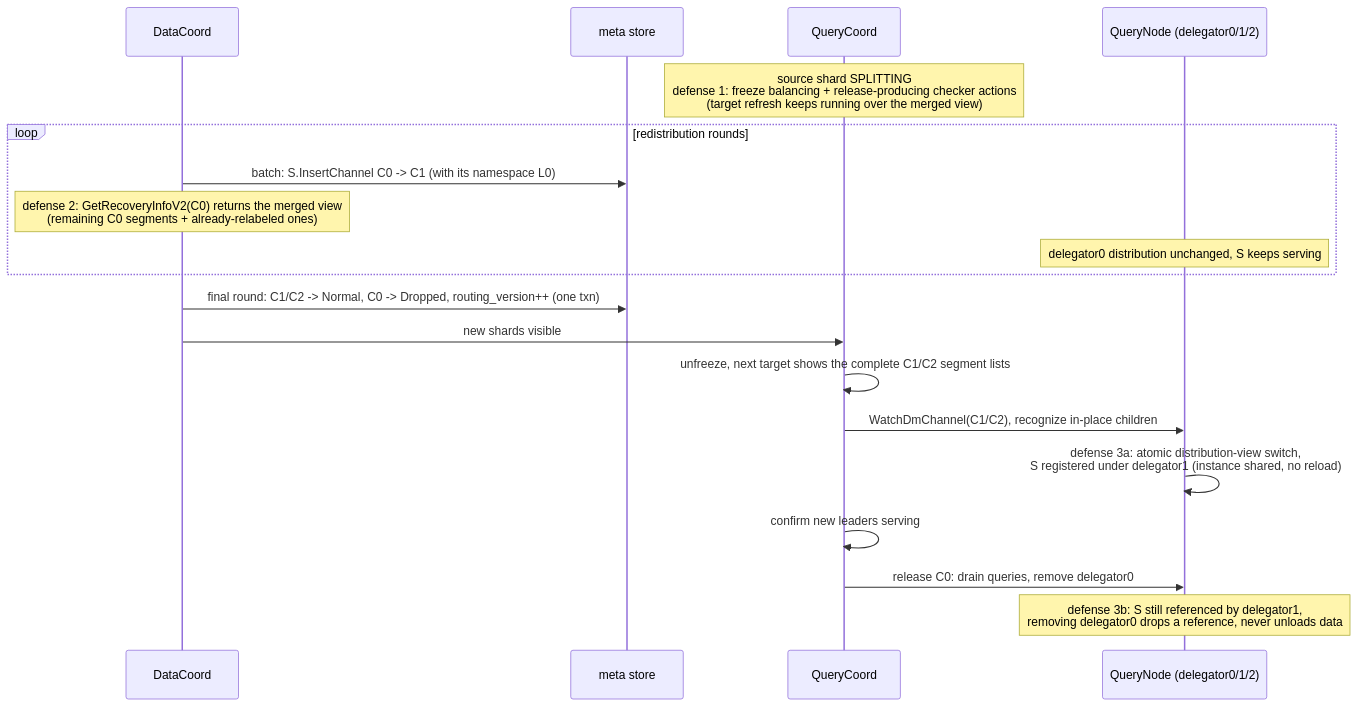
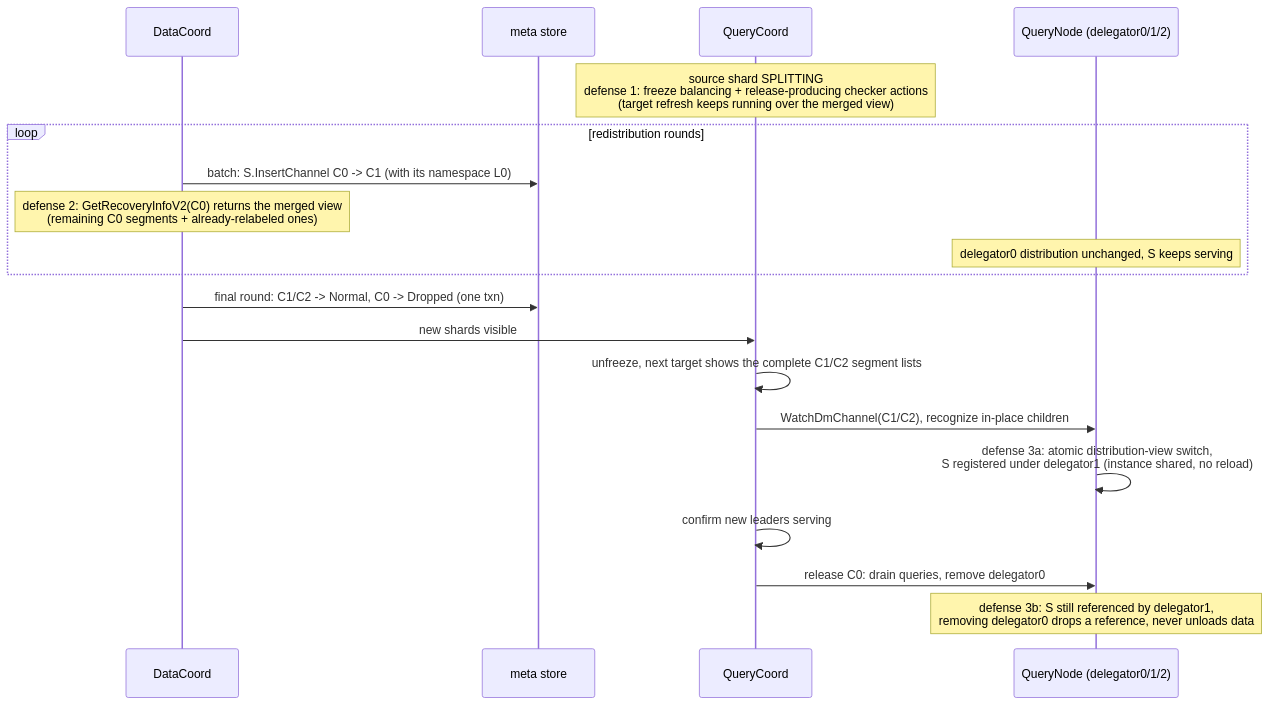
One commit to milvus-io/milvus changed the fourth of 4 diagrams in docs/design-docs/design_docs/20260610-shard_split.md. Above: the diagram before and after it, drawn with Mermaid. The commit also changed other lines of this file, not shown here.

First line of the commit message:
doc: drop routing_version; the write path uses reject-on-fence + refetch

````diff
--- a/docs/design-docs/design_docs/20260610-shard_split.md
+++ b/docs/design-docs/design_docs/20260610-shard_split.md
@@ -556,22 +556,22 @@
 ```mermaid
 sequenceDiagram
     participant DC as DataCoord
     participant META as meta store
     participant QC as QueryCoord
     participant QN as QueryNode (delegator0/1/2)
 
     Note over QC: source shard SPLITTING<br/>defense 1: freeze balancing + release-producing checker actions<br/>(target refresh keeps running over the merged view)
     loop redistribution rounds
         DC->>META: batch: S.InsertChannel C0 -> C1 (with its namespace L0)
         Note over DC: defense 2: GetRecoveryInfoV2(C0) returns the merged view<br/>(remaining C0 segments + already-relabeled ones)
         Note over QN: delegator0 distribution unchanged, S keeps serving
     end
-    DC->>META: final round: C1/C2 -> Normal, C0 -> Dropped, routing_version++ (one txn)
+    DC->>META: final round: C1/C2 -> Normal, C0 -> Dropped (one txn)
     DC->>QC: new shards visible
     QC->>QC: unfreeze, next target shows the complete C1/C2 segment lists
     QC->>QN: WatchDmChannel(C1/C2), recognize in-place children
     QN->>QN: defense 3a: atomic distribution-view switch,<br/>S registered under delegator1 (instance shared, no reload)
     QC->>QC: confirm new leaders serving
     QC->>QN: release C0: drain queries, remove delegator0
     Note over QN: defense 3b: S still referenced by delegator1,<br/>removing delegator0 drops a reference, never unloads data
 ```
````
